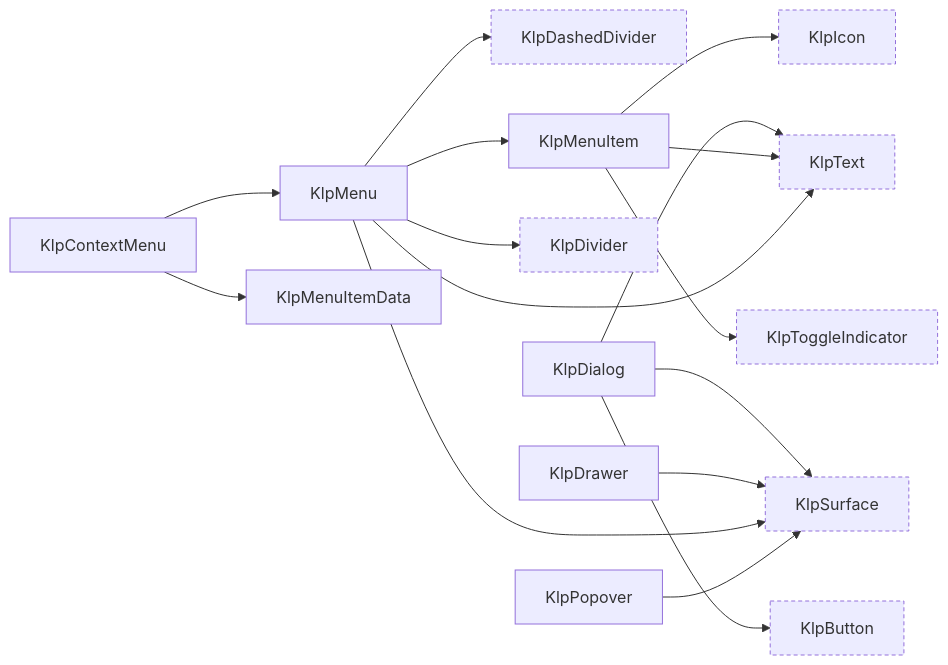
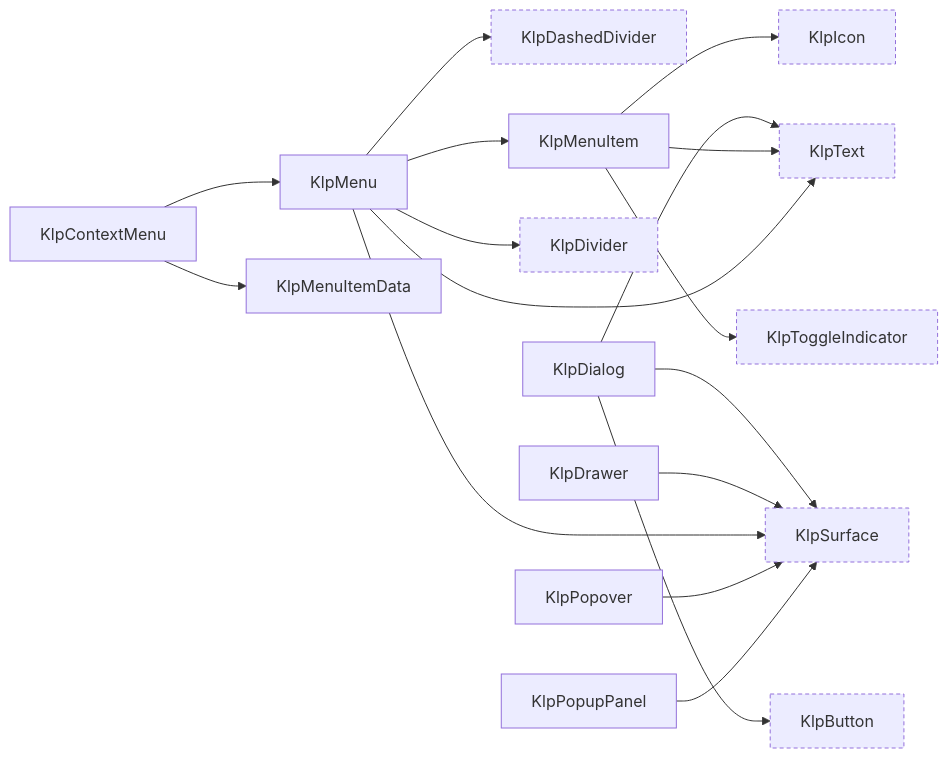
One commit to MiuDog/Kallopis changed the eighth of 18 diagrams in spec/component-inventory.md. Above: the diagram before and after it, drawn with Mermaid. The commit also changed other lines of this file and 1105 other files, not shown here.

Commit message:
refactor: establish semantic design architecture

````diff
--- a/spec/component-inventory.md
+++ b/spec/component-inventory.md
@@ -388,33 +412,35 @@
 ```mermaid
 graph LR
   KlpButton["KlpButton"]:::external
   KlpContextMenu["KlpContextMenu"]
   KlpDashedDivider["KlpDashedDivider"]:::external
   KlpDialog["KlpDialog"]
   KlpDivider["KlpDivider"]:::external
   KlpDrawer["KlpDrawer"]
   KlpIcon["KlpIcon"]:::external
   KlpMenu["KlpMenu"]
   KlpMenuItem["KlpMenuItem"]
   KlpMenuItemData["KlpMenuItemData"]
   KlpPopover["KlpPopover"]
+  KlpPopupPanel["KlpPopupPanel"]
   KlpSurface["KlpSurface"]:::external
   KlpText["KlpText"]:::external
   KlpToggleIndicator["KlpToggleIndicator"]:::external
   KlpContextMenu --> KlpMenu
   KlpContextMenu --> KlpMenuItemData
   KlpDialog --> KlpButton
   KlpDialog --> KlpSurface
   KlpDialog --> KlpText
   KlpDrawer --> KlpSurface
   KlpMenuItem --> KlpIcon
   KlpMenuItem --> KlpText
   KlpMenuItem --> KlpToggleIndicator
   KlpMenu --> KlpDashedDivider
   KlpMenu --> KlpDivider
   KlpMenu --> KlpMenuItem
   KlpMenu --> KlpSurface
   KlpMenu --> KlpText
   KlpPopover --> KlpSurface
+  KlpPopupPanel --> KlpSurface
   classDef external stroke-dasharray: 4 3;
 ```
````
